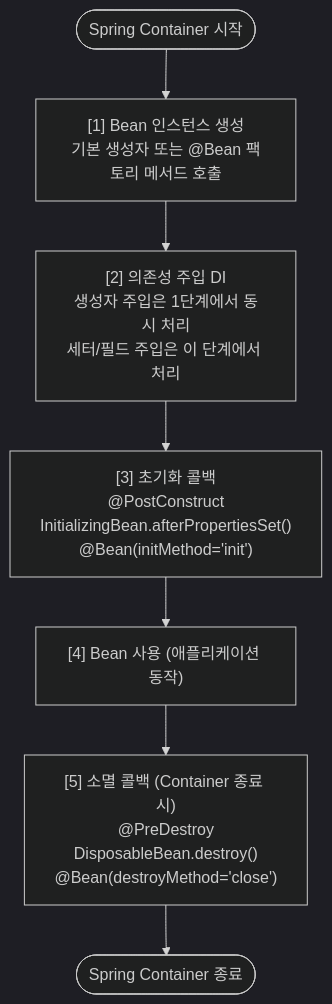
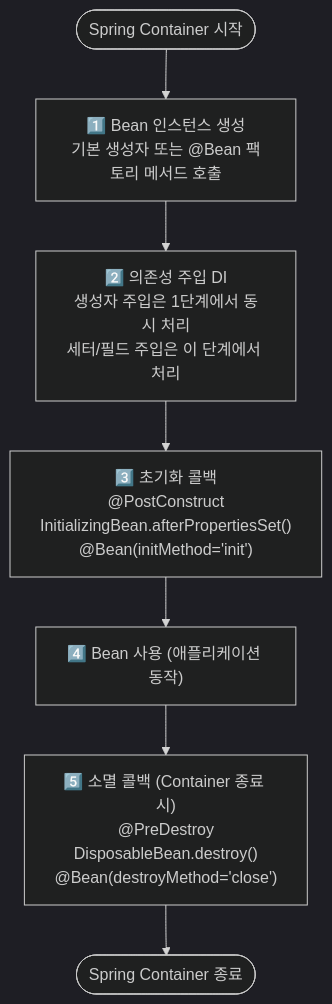
One commit to yjkim2015/yjkim2015.github.io changed the third of 7 diagrams in _posts/spring/2026-05-01-spring-ioc-di.md. Above: the diagram before and after it, drawn with Mermaid (dark theme). The commit also changed other lines of this file and 12 other files, not shown here.

```diff
--- a/_posts/spring/2026-05-01-spring-ioc-di.md
+++ b/_posts/spring/2026-05-01-spring-ioc-di.md
@@ -131,10 +135,10 @@
 <div class="mermaid">
 graph TD
     S([Spring Container 시작]) --> A
-    A["[1] Bean 인스턴스 생성<br>기본 생성자 또는 @Bean 팩토리 메서드 호출"]
-    A --> B["[2] 의존성 주입 DI<br>생성자 주입은 1단계에서 동시 처리<br>세터/필드 주입은 이 단계에서 처리"]
-    B --> C["[3] 초기화 콜백<br>@PostConstruct<br>InitializingBean.afterPropertiesSet()<br>@Bean(initMethod='init')"]
-    C --> D["[4] Bean 사용 (애플리케이션 동작)"]
-    D --> E["[5] 소멸 콜백 (Container 종료 시)<br>@PreDestroy<br>DisposableBean.destroy()<br>@Bean(destroyMethod='close')"]
+    A["1️⃣ Bean 인스턴스 생성<br>기본 생성자 또는 @Bean 팩토리 메서드 호출"]
+    A --> B["2️⃣ 의존성 주입 DI<br>생성자 주입은 1단계에서 동시 처리<br>세터/필드 주입은 이 단계에서 처리"]
+    B --> C["3️⃣ 초기화 콜백<br>@PostConstruct<br>InitializingBean.afterPropertiesSet()<br>@Bean(initMethod='init')"]
+    C --> D["4️⃣ Bean 사용 (애플리케이션 동작)"]
+    D --> E["5️⃣ 소멸 콜백 (Container 종료 시)<br>@PreDestroy<br>DisposableBean.destroy()<br>@Bean(destroyMethod='close')"]
     E --> END([Spring Container 종료])
 </div>
```
